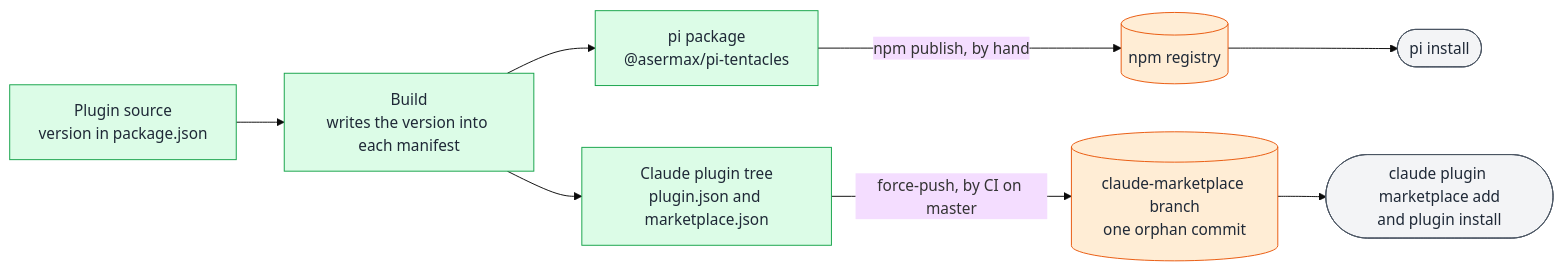
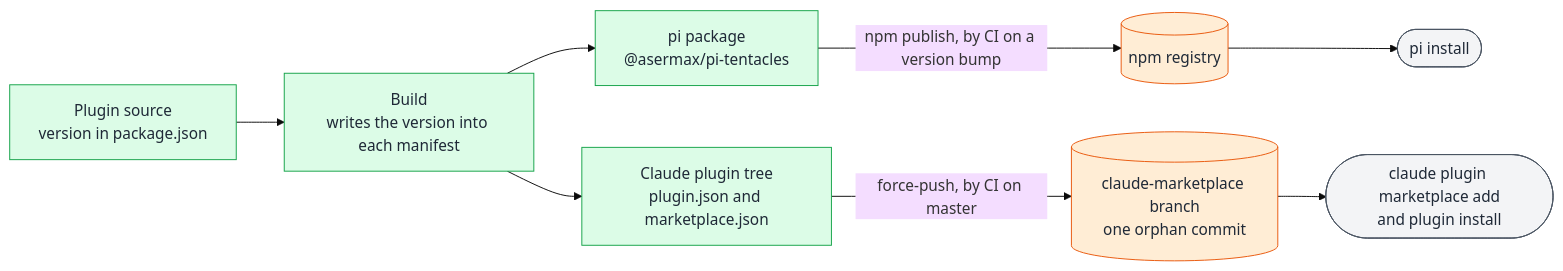
One commit to asermax/tentacles changed the third of 3 diagrams in docs/technical-design/plugin.md. Above: the diagram before and after it, drawn with Mermaid (base theme). The commit also changed other lines of this file, not shown here.

Commit message:
docs(technical-design): explain how CI publishes the npm package

````diff
--- a/docs/technical-design/plugin.md
+++ b/docs/technical-design/plugin.md
@@ -145,25 +145,25 @@
 ```mermaid
 flowchart LR
     Source@{ shape: rect, label: "Plugin source<br/>version in package.json" }
     Build@{ shape: rect, label: "Build<br/>writes the version into each manifest" }
     Pi@{ shape: rect, label: "pi package<br/>@asermax/pi-tentacles" }
     Claude@{ shape: rect, label: "Claude plugin tree<br/>plugin.json and marketplace.json" }
     Npm@{ shape: cyl, label: "npm registry" }
     Branch@{ shape: cyl, label: "claude-marketplace branch<br/>one orphan commit" }
     PiUser@{ shape: stadium, label: "pi install" }
     ClaudeUser@{ shape: stadium, label: "claude plugin marketplace add<br/>and plugin install" }
     Source --> Build
     Build --> Pi
     Build --> Claude
-    Pi -->|"npm publish, by hand"| Npm
+    Pi -->|"npm publish, by CI on a version bump"| Npm
     Claude -->|"force-push, by CI on master"| Branch
     Npm --> PiUser
     Branch --> ClaudeUser
 
     classDef grey fill:#f3f4f6,stroke:#4b5563,color:#1f2937
     classDef green fill:#dcfce7,stroke:#16a34a,color:#1f2937
     classDef orange fill:#ffedd5,stroke:#ea580c,color:#1f2937
     class PiUser,ClaudeUser grey
     class Source,Build,Pi,Claude green
     class Npm,Branch orange
 ```
````
